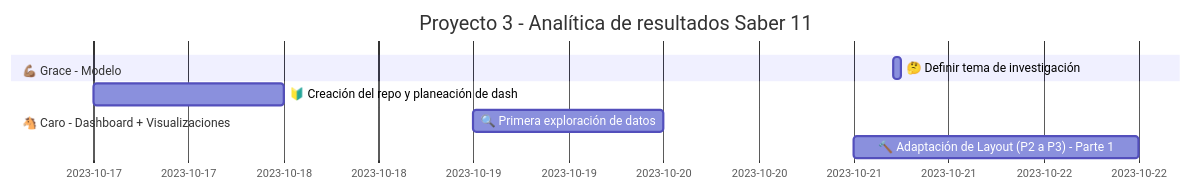
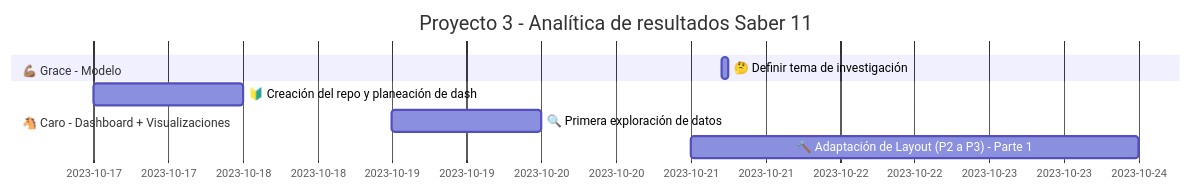
Before and after one commit to zcrodriguez/AC_SABER11_P3: the diagram in README.md, drawn with Mermaid.

Commit message:
Actualización de README.md con avances de proyecto

````diff
--- a/README.md
+++ b/README.md
@@ -5,11 +5,11 @@
 ```mermaid
 gantt
     title Proyecto 3 - Analítica de resultados Saber 11
     dateFormat  YYYY-MM-DD
     section 💪🏽 Grace - Modelo
     🤔 Definir tema de investigación:2023-10-21 5:00,1h
     section 🐴 Caro - Dashboard + Visualizaciones
     🔰 Creación del repo y planeación de dash:2023-10-17 0:00,1d
     🔍 Primera exploración de datos:2023-10-19 0:00,1d
-    🔨 Adaptación de Layout (P2 a P3) - Parte 1:2023-10-21 0:00,36h
+    🔨 Adaptación de Layout (P2 a P3) - Parte 1:2023-10-21 0:00,72h
 ```
````
